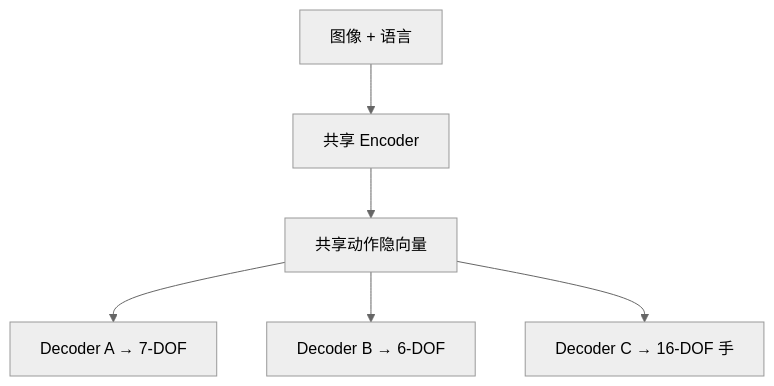
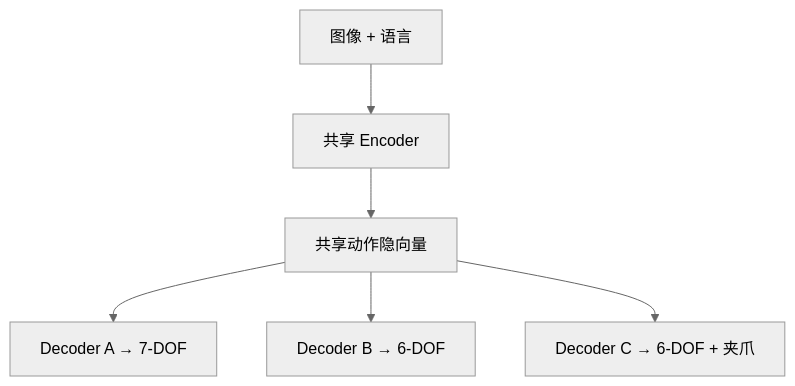
Before and after one commit to Dld0621/Embodied-AI-Zero-to-Hero: the second of 5 diagrams in docs/25-cross-embodiment-adaptation.md, drawn with Mermaid (neutral theme). The commit also changed other lines of this file and 29 other files, not shown here.

````diff
--- a/docs/25-cross-embodiment-adaptation.md
+++ b/docs/25-cross-embodiment-adaptation.md
@@ -106,8 +105,8 @@
 ```mermaid
 graph TD
     IMG[图像 + 语言] --> ENC[共享 Encoder]
     ENC --> LAT[共享动作隐向量]
     LAT --> DA[Decoder A → 7-DOF]
     LAT --> DB[Decoder B → 6-DOF]
-    LAT --> DC[Decoder C → 16-DOF 手]
+    LAT --> DC[Decoder C → 6-DOF + 夹爪]
 ```
````
